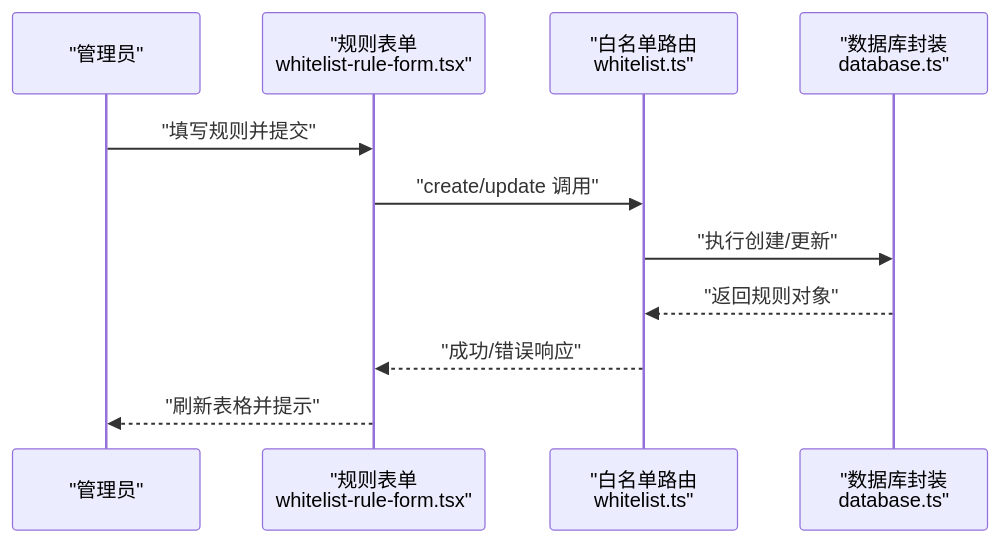
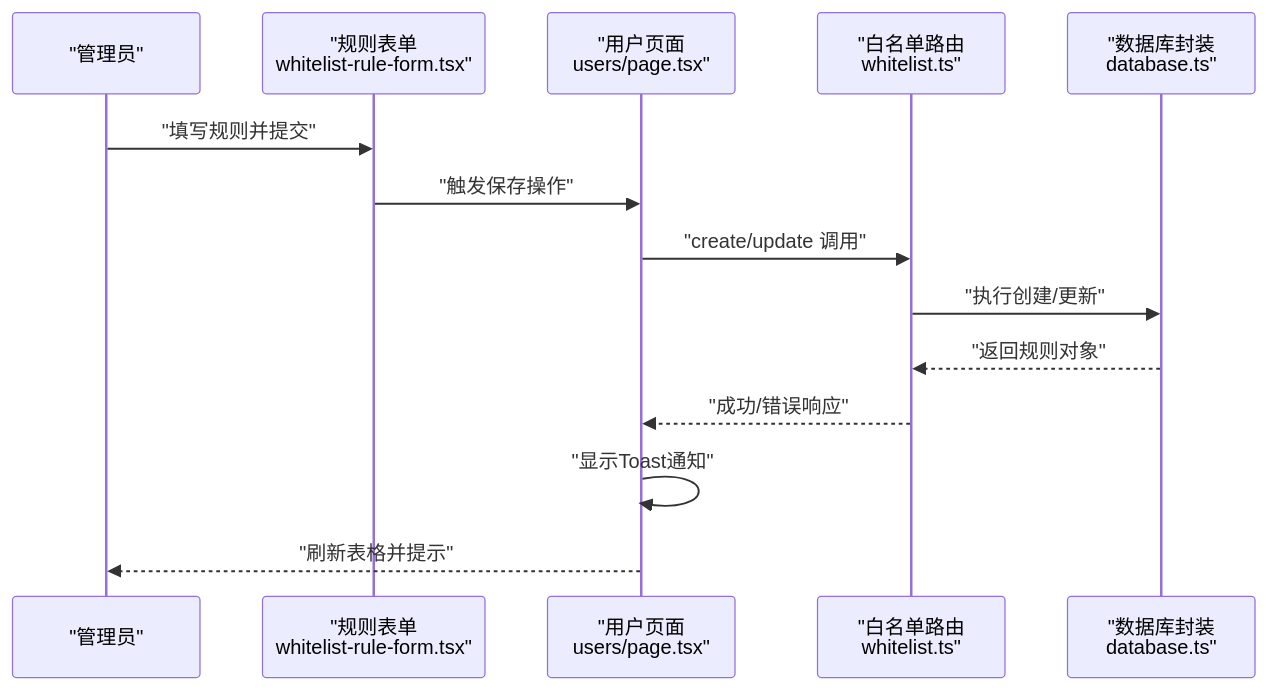
Before and after one commit to RadiumAg/AIGate: the fifth of 7 diagrams in .qoder/repowiki/zh/content/核心功能/白名单控制.md, drawn with Mermaid. The commit also changed other lines of this file and 4 other files, not shown here.

````diff
--- a/.qoder/repowiki/zh/content/核心功能/白名单控制.md
+++ b/.qoder/repowiki/zh/content/核心功能/白名单控制.md
@@ -207,13 +241,16 @@
 ```mermaid
 sequenceDiagram
 participant Admin as "管理员"
 participant Form as "规则表单<br/>whitelist-rule-form.tsx"
+participant Page as "用户页面<br/>users/page.tsx"
 participant Router as "白名单路由<br/>whitelist.ts"
 participant DB as "数据库封装<br/>database.ts"
 Admin->>Form : "填写规则并提交"
-Form->>Router : "create/update 调用"
+Form->>Page : "触发保存操作"
+Page->>Router : "create/update 调用"
 Router->>DB : "执行创建/更新"
 DB-->>Router : "返回规则对象"
-Router-->>Form : "成功/错误响应"
-Form-->>Admin : "刷新表格并提示"
+Router-->>Page : "成功/错误响应"
+Page->>Page : "显示Toast通知"
+Page-->>Admin : "刷新表格并提示"
 ```
````
